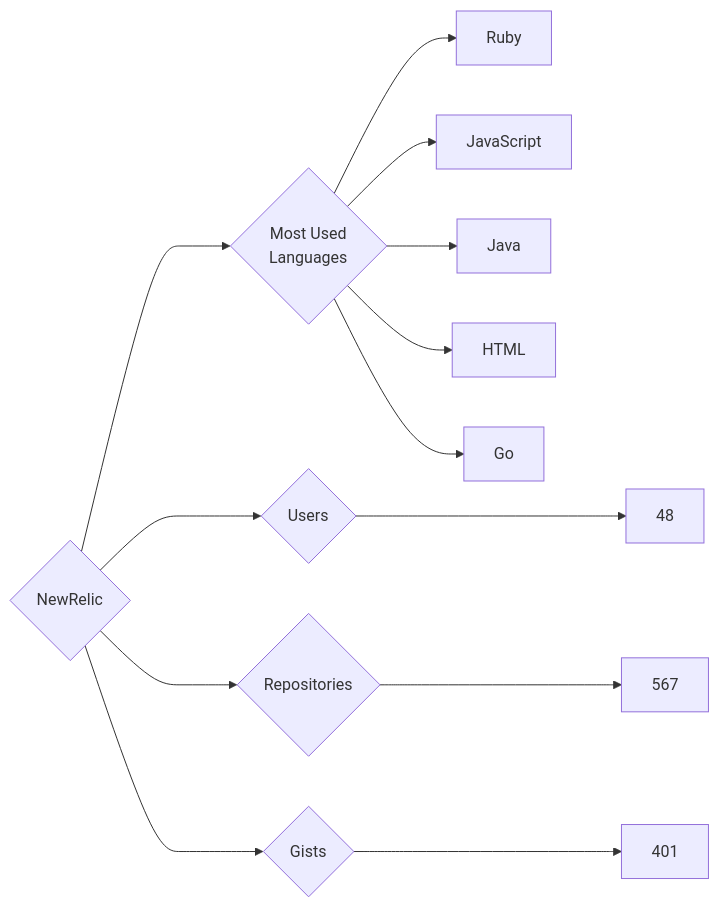
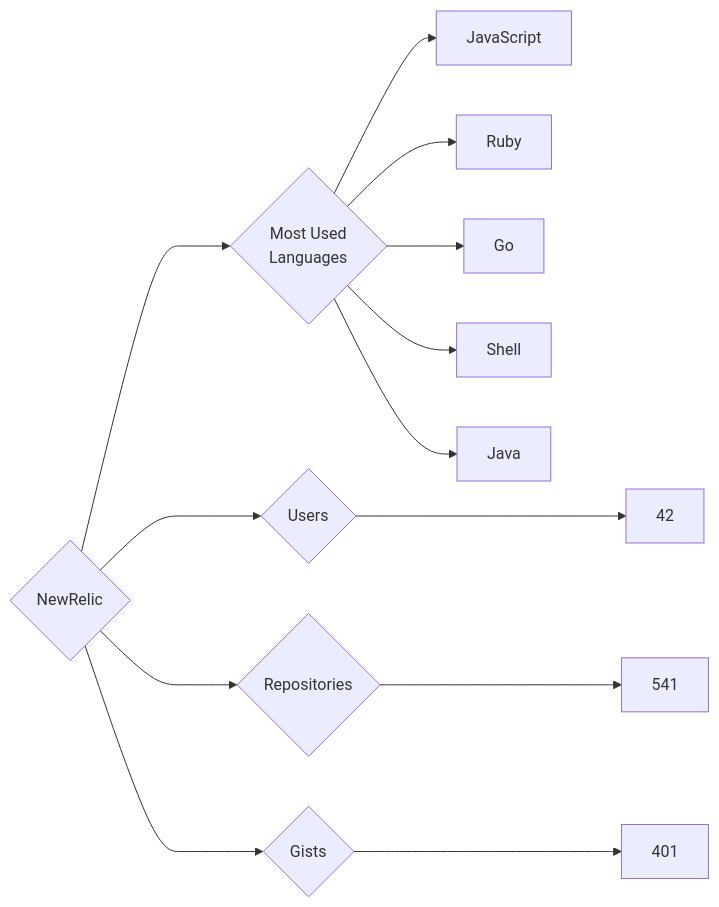
The diagram in targets/NewRelic/README.md (trickest/insiders), drawn with Mermaid before and after one commit. The commit also changed 1248 other files, not shown here.

````diff
--- a/targets/NewRelic/README.md
+++ b/targets/NewRelic/README.md
@@ -3,13 +3,13 @@
 ```mermaid
 graph LR
 COMPANY_NAME{NewRelic}
-COMPANY_NAME ---> U{Users} ---> UN[48]
-COMPANY_NAME ---> R{Repositories} ---> RN[567]
+COMPANY_NAME ---> U{Users} ---> UN[42]
+COMPANY_NAME ---> R{Repositories} ---> RN[541]
 COMPANY_NAME ---> G{Gists} ---> GN[401]
 COMPANY_NAME ---> ML{Most Used<br>Languages}
+ML --> JavaScript[JavaScript]
 ML --> Ruby[Ruby]
-ML --> JavaScript[JavaScript]
+ML --> Go[Go]
+ML --> Shell[Shell]
 ML --> Java[Java]
-ML --> HTML[HTML]
-ML --> Go[Go]
 ```
````
